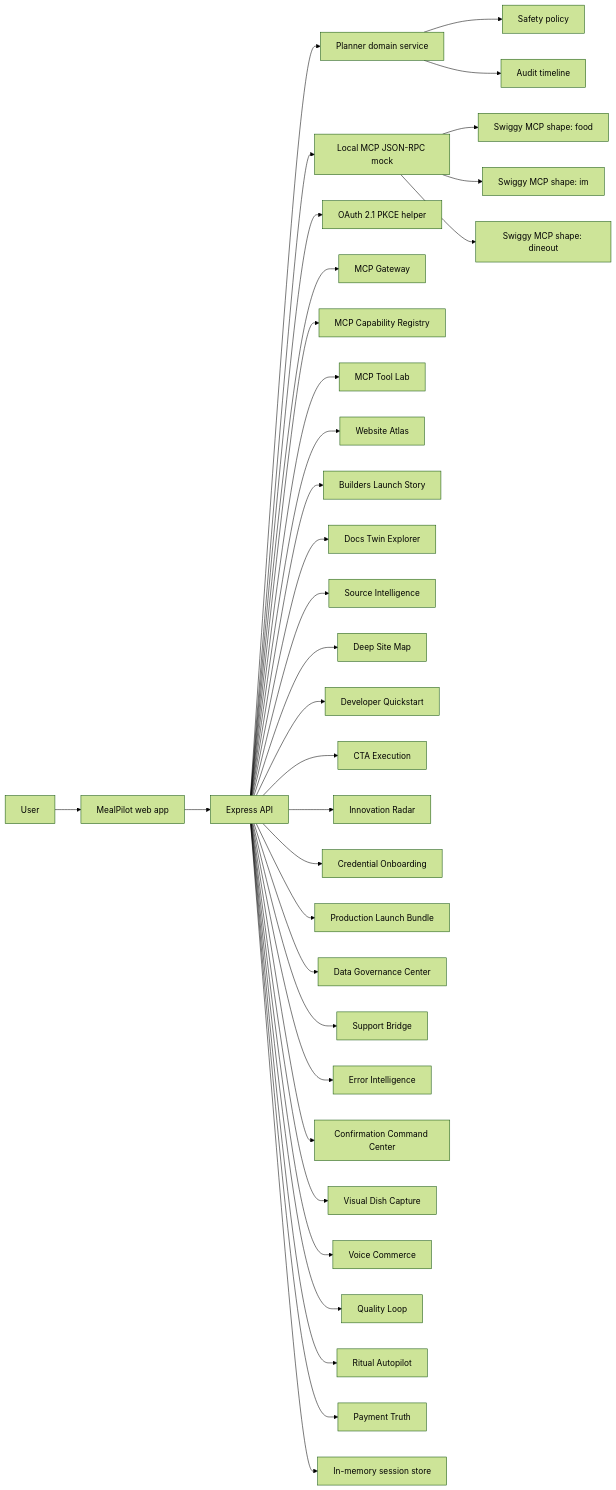
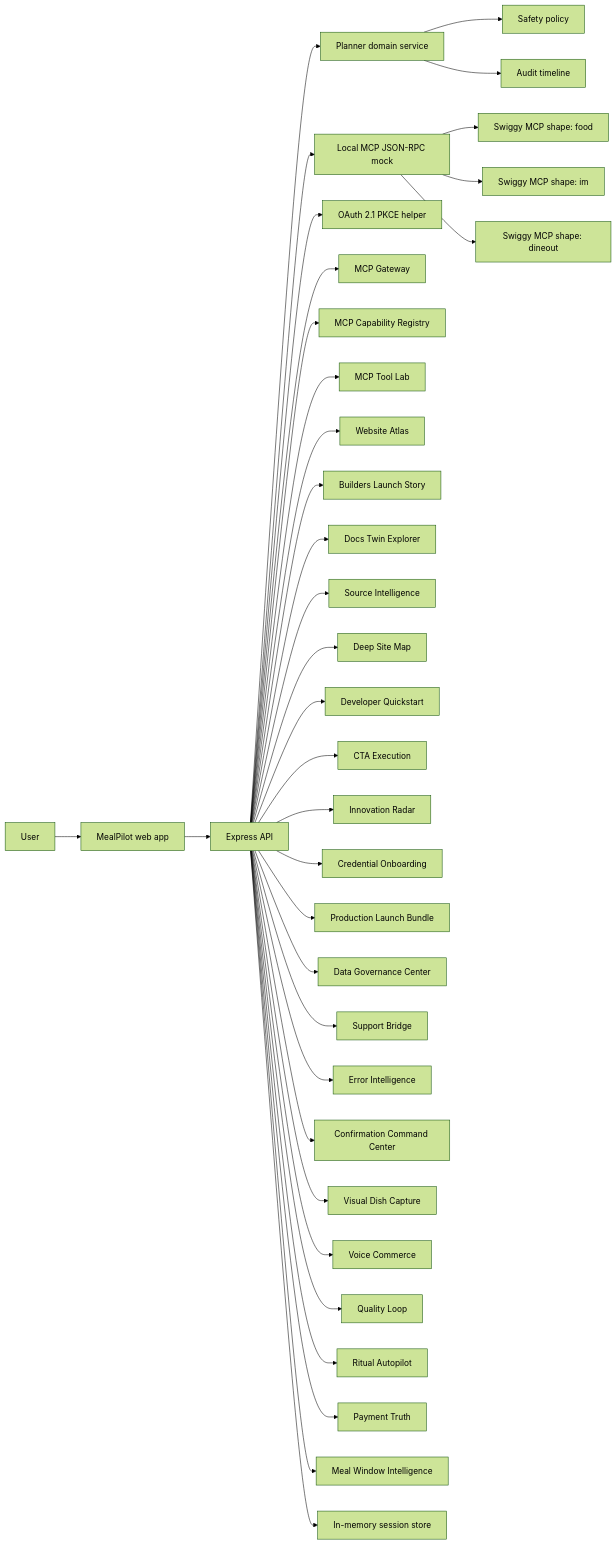
One commit to Farhankhan0128/MealPilot changed the diagram in docs/architecture.md. Above: the diagram before and after it, drawn with Mermaid (forest theme). The commit also changed other lines of this file and 21 other files, not shown here.

Commit message:
Add Swiggy meal window intelligence

````diff
--- a/docs/architecture.md
+++ b/docs/architecture.md
@@ -7,36 +7,37 @@
 ```mermaid
 flowchart LR
   U["User"] --> UI["MealPilot web app"]
   UI --> API["Express API"]
   API --> Planner["Planner domain service"]
   Planner --> Safety["Safety policy"]
   API --> Mock["Local MCP JSON-RPC mock"]
   API --> Auth["OAuth 2.1 PKCE helper"]
   API --> Gateway["MCP Gateway"]
   API --> Registry["MCP Capability Registry"]
   API --> ToolLab["MCP Tool Lab"]
   API --> Atlas["Website Atlas"]
   API --> Story["Builders Launch Story"]
   API --> DocsTwin["Docs Twin Explorer"]
   API --> SourceIntel["Source Intelligence"]
   API --> DeepMap["Deep Site Map"]
   API --> DevQuick["Developer Quickstart"]
   API --> CtaExec["CTA Execution"]
   API --> Innovation["Innovation Radar"]
   API --> Credential["Credential Onboarding"]
   API --> Launch["Production Launch Bundle"]
   API --> DataGov["Data Governance Center"]
   API --> Support["Support Bridge"]
   API --> Errors["Error Intelligence"]
   API --> ConfirmCmd["Confirmation Command Center"]
   API --> DishCapture["Visual Dish Capture"]
   API --> VoiceCommerce["Voice Commerce"]
   API --> QualityLoop["Quality Loop"]
   API --> Ritual["Ritual Autopilot"]
   API --> PaymentTruth["Payment Truth"]
+  API --> MealWindow["Meal Window Intelligence"]
   Mock --> Food["Swiggy MCP shape: food"]
   Mock --> IM["Swiggy MCP shape: im"]
   Mock --> Dineout["Swiggy MCP shape: dineout"]
   API --> Store["In-memory session store"]
   Planner --> Obs["Audit timeline"]
 ```
````
